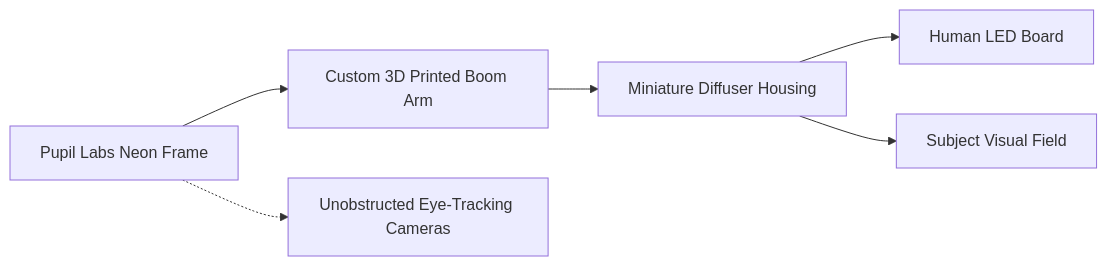
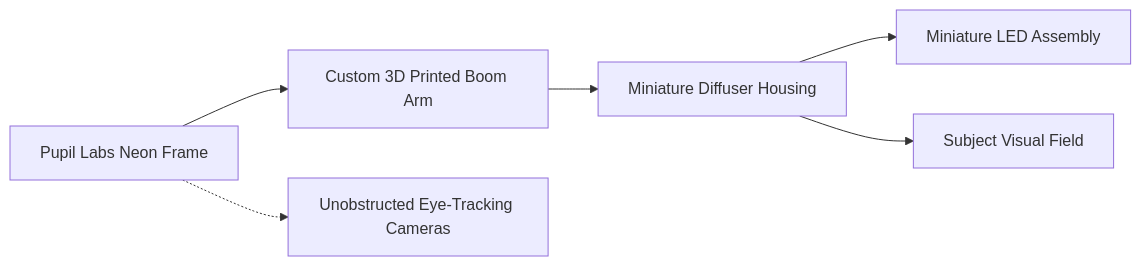
Before and after one commit to SaleemLab/LEDStimulation: the diagram in docs/1-hardware/enclosure-and-optics/wearable-glasses.md, drawn with Mermaid. The commit also changed other lines of this file and 38 other files, not shown here.

````diff
--- a/docs/1-hardware/enclosure-and-optics/wearable-glasses.md
+++ b/docs/1-hardware/enclosure-and-optics/wearable-glasses.md
@@ -19,8 +29,8 @@
 ```mermaid
 graph LR
     NeonFrame[Pupil Labs Neon Frame] --> BoomArm[Custom 3D Printed Boom Arm]
     BoomArm --> DiffuserHousing[Miniature Diffuser Housing]
-    DiffuserHousing --> HumanPCB[Human LED Board]
+    DiffuserHousing --> LEDAssembly[Miniature LED Assembly]
     DiffuserHousing --> Eye[Subject Visual Field]
     NeonFrame -.-> GazeTracking[Unobstructed Eye-Tracking Cameras]
 ```
````
